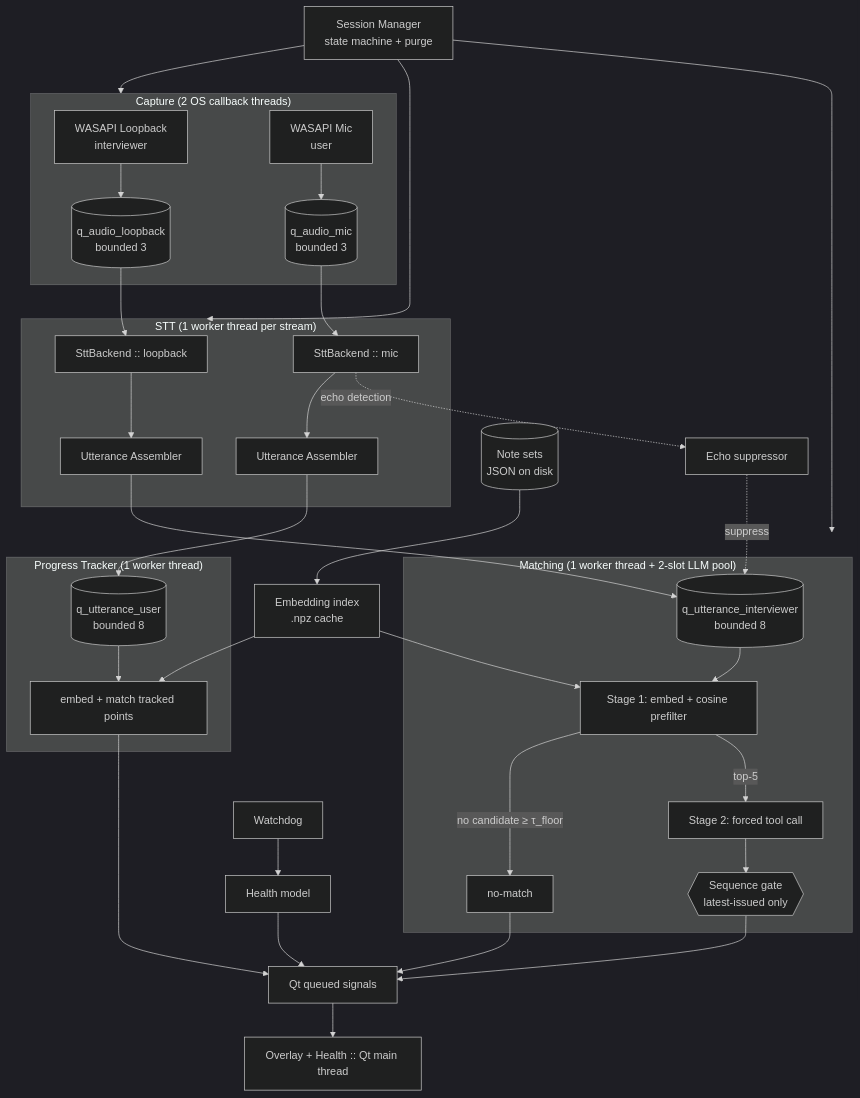
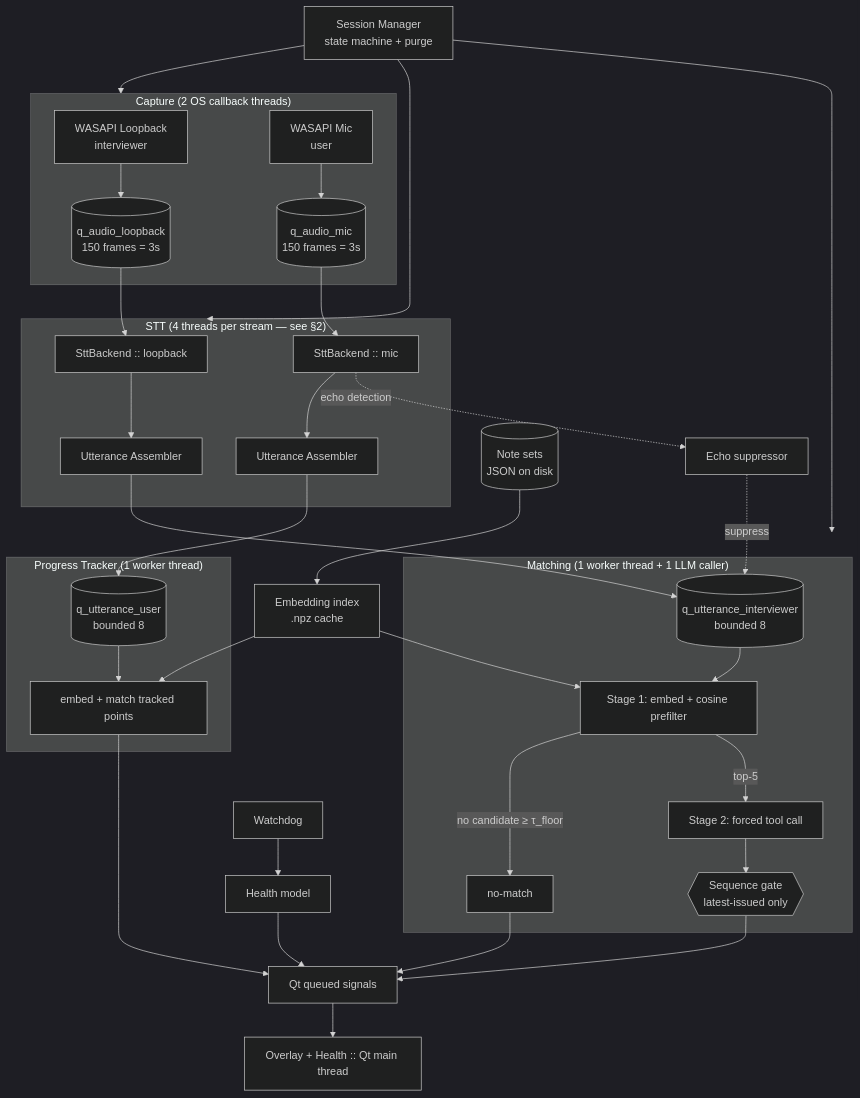
The first of 2 diagrams in docs/implementation/02-technical-design.md (Penguin-Pants/ExecutiveDysfunctionAssistant), drawn with Mermaid (dark theme) before and after one commit. The commit also changed other lines of this file and 4 other files, not shown here.

````diff
--- a/docs/implementation/02-technical-design.md
+++ b/docs/implementation/02-technical-design.md
@@ -10,46 +10,46 @@
 ```mermaid
 flowchart TB
     subgraph capture["Capture (2 OS callback threads)"]
-        LB[WASAPI Loopback<br/>interviewer] --> QL[(q_audio_loopback<br/>bounded 3)]
-        MC[WASAPI Mic<br/>user] --> QM[(q_audio_mic<br/>bounded 3)]
+        LB[WASAPI Loopback<br/>interviewer] --> QL[(q_audio_loopback<br/>150 frames = 3s)]
+        MC[WASAPI Mic<br/>user] --> QM[(q_audio_mic<br/>150 frames = 3s)]
     end
 
-    subgraph stt["STT (1 worker thread per stream)"]
+    subgraph stt["STT (4 threads per stream — see §2)"]
         QL --> SL[SttBackend :: loopback]
         QM --> SM[SttBackend :: mic]
         SL --> UA[Utterance Assembler]
         SM --> UB[Utterance Assembler]
     end
 
     UA --> QI[(q_utterance_interviewer<br/>bounded 8)]
     UB --> QU[(q_utterance_user<br/>bounded 8)]
 
-    subgraph match["Matching (1 worker thread + 2-slot LLM pool)"]
+    subgraph match["Matching (1 worker thread + 1 LLM caller)"]
         QI --> S1[Stage 1: embed + cosine prefilter]
         S1 -->|no candidate ≥ τ_floor| NM[no-match]
         S1 -->|top-5| S2[Stage 2: forced tool call]
         S2 --> SG{{Sequence gate<br/>latest-issued only}}
     end
 
     subgraph track["Progress Tracker (1 worker thread)"]
         QU --> PT[embed + match tracked points]
     end
 
     NM --> SIG
     SG --> SIG[Qt queued signals]
     PT --> SIG
     SIG --> UI[Overlay + Health :: Qt main thread]
 
     NOTES[(Note sets<br/>JSON on disk)] --> IDX[Embedding index<br/>.npz cache]
     IDX --> S1
     IDX --> PT
 
     SM -.echo detection.-> ECHO[Echo suppressor]
     ECHO -.suppress.-> QI
 
     SESS[Session Manager<br/>state machine + purge] --> capture
     SESS --> stt
     SESS --> match
     WD[Watchdog] --> HEALTH[Health model]
     HEALTH --> SIG
 ```
````
